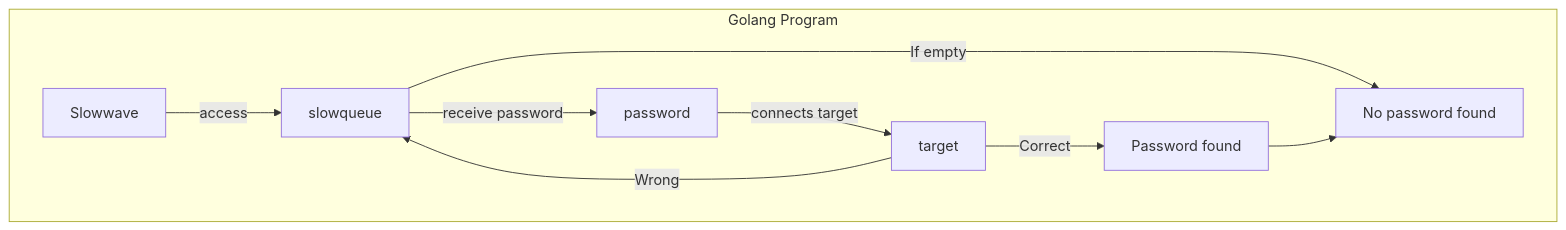
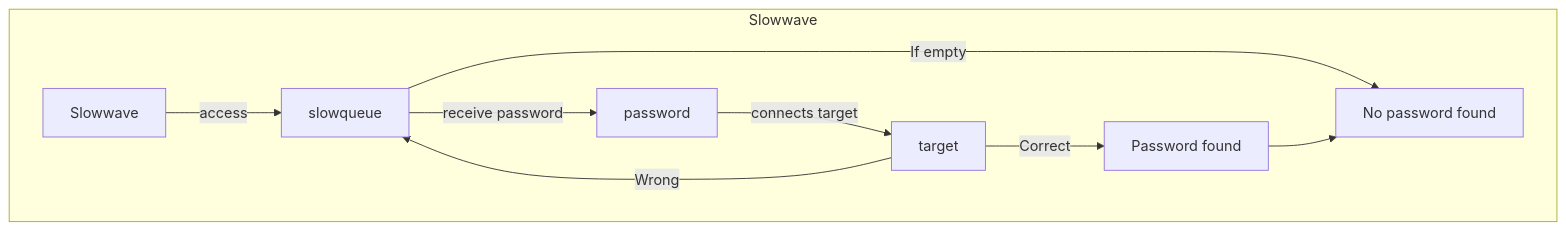
One commit to polymaster3313/SkyIsYours changed the third of 3 diagrams in README.md. Above: the diagram before and after it, drawn with Mermaid.

````diff
--- a/README.md
+++ b/README.md
@@ -60,12 +60,12 @@
 ```mermaid
 graph TD
-    subgraph Golang Program
+    subgraph Slowwave
         A[Slowwave] -->|access| B[slowqueue]
         B -->|If empty| O[No password found]
         B -->|receive password| C[password]
         C -->|connects target| D[target]
         D -->|Correct| E[Password found]
         E --> O
         D -->|Wrong| B
     end
 ```
````
